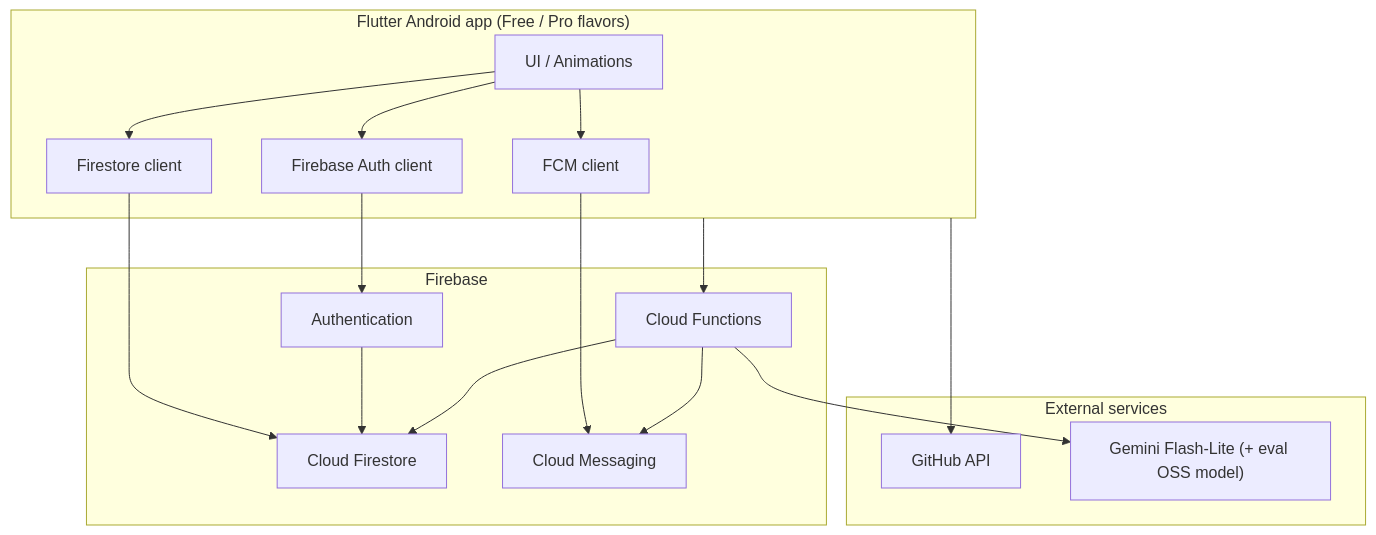
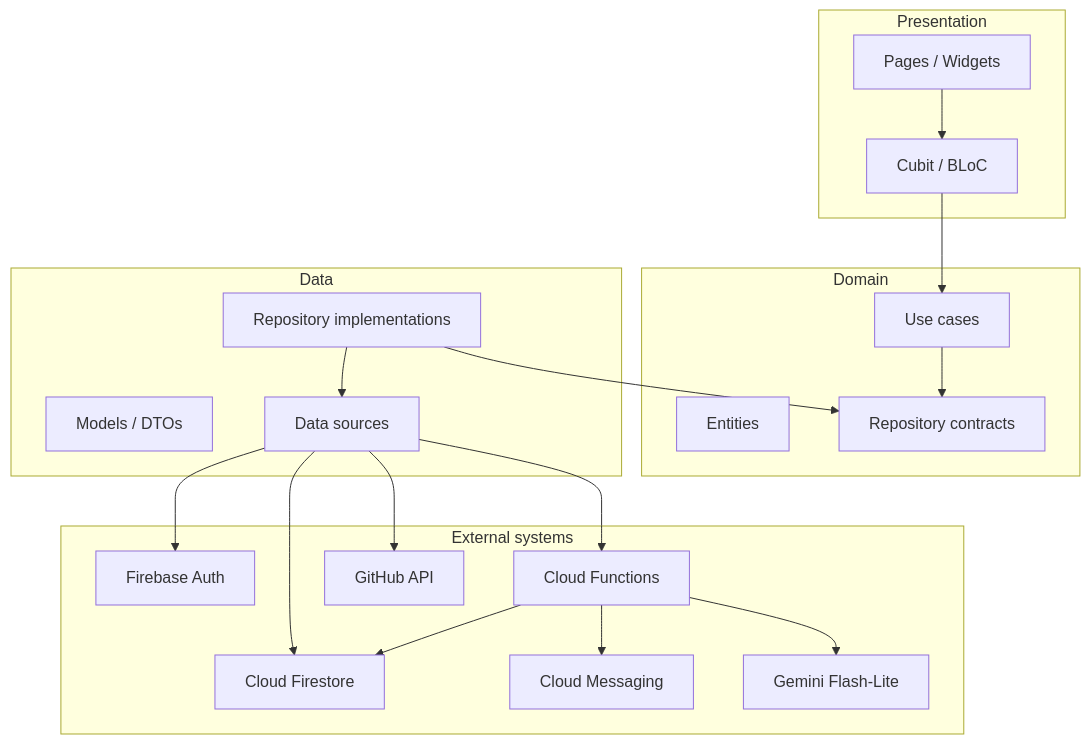
Before and after one commit to devDoniaAlhosin/devsync-open-source-collaboration-app: the diagram in README.md, drawn with Mermaid. The commit also changed other lines of this file and 114 other files, not shown here.

First line of the commit message:
Refactor auth to Clean Architecture and ship Settings plus the shared app chrome.

````diff
--- a/README.md
+++ b/README.md
@@ -164,36 +176,41 @@
 ```mermaid
 flowchart TB
-  subgraph Client["Flutter Android app (Free / Pro flavors)"]
-    UI["UI / Animations"]
-    AuthClient["Firebase Auth client"]
-    FCMClient["FCM client"]
-    FirestoreClient["Firestore client"]
+  subgraph Presentation["Presentation"]
+    Pages["Pages / Widgets"]
+    Cubits["Cubit / BLoC"]
   end
 
-  subgraph Firebase["Firebase"]
-    Auth["Authentication"]
+  subgraph Domain["Domain"]
+    UseCases["Use cases"]
+    Entities["Entities"]
+    Contracts["Repository contracts"]
+  end
+
+  subgraph Data["Data"]
+    Repos["Repository implementations"]
+    Models["Models / DTOs"]
+    Sources["Data sources"]
+  end
+
+  subgraph External["External systems"]
+    Auth["Firebase Auth"]
     FS["Cloud Firestore"]
     Functions["Cloud Functions"]
     FCM["Cloud Messaging"]
+    GitHub["GitHub API"]
+    LLM["Gemini Flash-Lite"]
   end
 
-  subgraph External["External services"]
-    GitHub["GitHub API"]
-    LLM["Gemini Flash-Lite (+ eval OSS model)"]
-  end
-
-  UI --> AuthClient
-  UI --> FirestoreClient
-  UI --> FCMClient
-
-  AuthClient --> Auth
-  FirestoreClient --> FS
-  FCMClient --> FCM
-
-  Auth --> FS
+  Pages --> Cubits
+  Cubits --> UseCases
+  UseCases --> Contracts
+  Repos --> Contracts
+  Repos --> Sources
+  Sources --> Auth
+  Sources --> FS
+  Sources --> Functions
   Functions --> FS
   Functions --> FCM
   Functions --> LLM
-  Client --> GitHub
-  Client --> Functions
+  Sources --> GitHub
 ```
````
